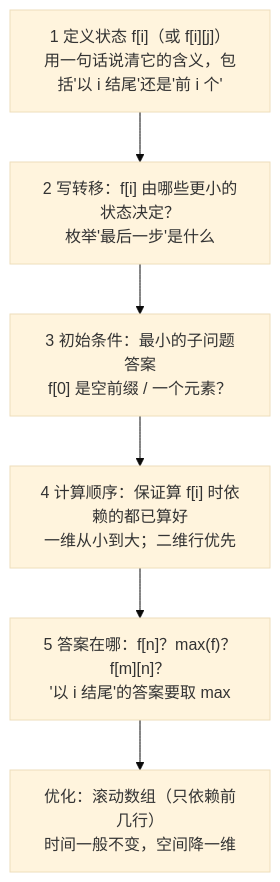
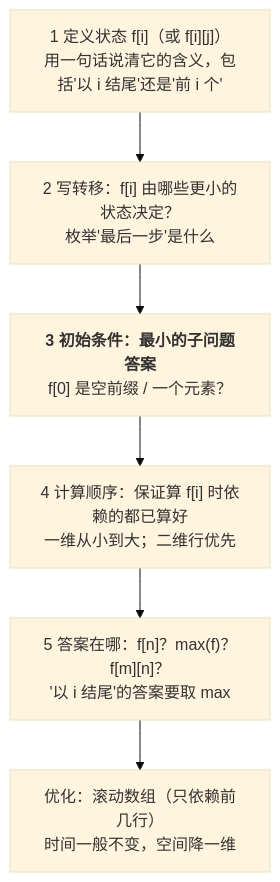
The first of 3 diagrams in _posts/2025-12-12-coding-interview-dynamic-programming-linear-and-grid.md (arganzheng/arganzheng.github.com), drawn with Mermaid (base theme) before and after one commit. The commit also changed other lines of this file and 12 other files, not shown here.

First line of the commit message:
面试手撕代码：从 LeetCode 中等题到 Transformer 组件：Mermaid 多行方框的首行标为标题（13 篇）

````diff
--- a/_posts/2025-12-12-coding-interview-dynamic-programming-linear-and-grid.md
+++ b/_posts/2025-12-12-coding-interview-dynamic-programming-linear-and-grid.md
@@ -34,8 +34,8 @@
 ```mermaid
 flowchart TB
     A["1 定义状态 f[i]（或 f[i][j]）<br>用一句话说清它的含义，包括'以 i 结尾'还是'前 i 个'"] --> B["2 写转移：f[i] 由哪些更小的状态决定？<br>枚举'最后一步'是什么"]
-    B --> C["3 初始条件：最小的子问题答案<br>f[0] 是空前缀 / 一个元素？"]
+    B --> C["<b>3 初始条件：最小的子问题答案</b><br>f[0] 是空前缀 / 一个元素？"]
     C --> D["4 计算顺序：保证算 f[i] 时依赖的都已算好<br>一维从小到大；二维行优先"]
     D --> E["5 答案在哪：f[n]？max(f)？f[m][n]？<br>'以 i 结尾'的答案要取 max"]
     E --> F["优化：滚动数组（只依赖前几行）<br>时间一般不变，空间降一维"]
 ```
````
